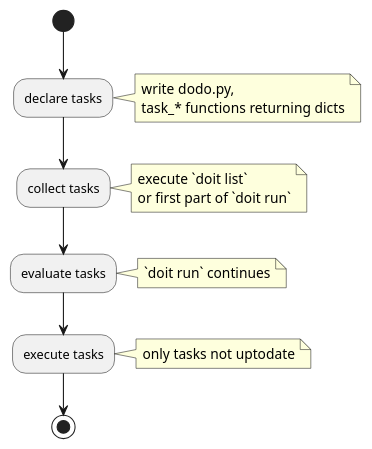
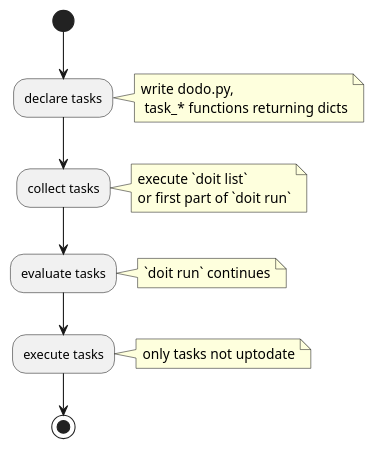
The diagram in docs/reference/index.rst (pydoit/doit-tmp-doc), drawn with PlantUML before and after one commit. The commit also changed other lines of this file and 5 other files, not shown here.

```diff
--- a/docs/reference/index.rst
+++ b/docs/reference/index.rst
@@ -99,14 +99,14 @@
 .. uml::
     :caption: Task execution life-cycle
     :scale: 50%
     :align: center
 
     (*) -->  "declare tasks"
-    note right: write dodo.py,\ntask_* functions returning dicts
+    note right: write dodo.py,\n task_* functions returning dicts
     -->  collect tasks
     note right: execute `doit list`\nor first part of `doit run`
     -->  evaluate tasks
     note right: `doit run` continues
     -->  execute tasks
     note right: only tasks not uptodate
     --> (*)
```
